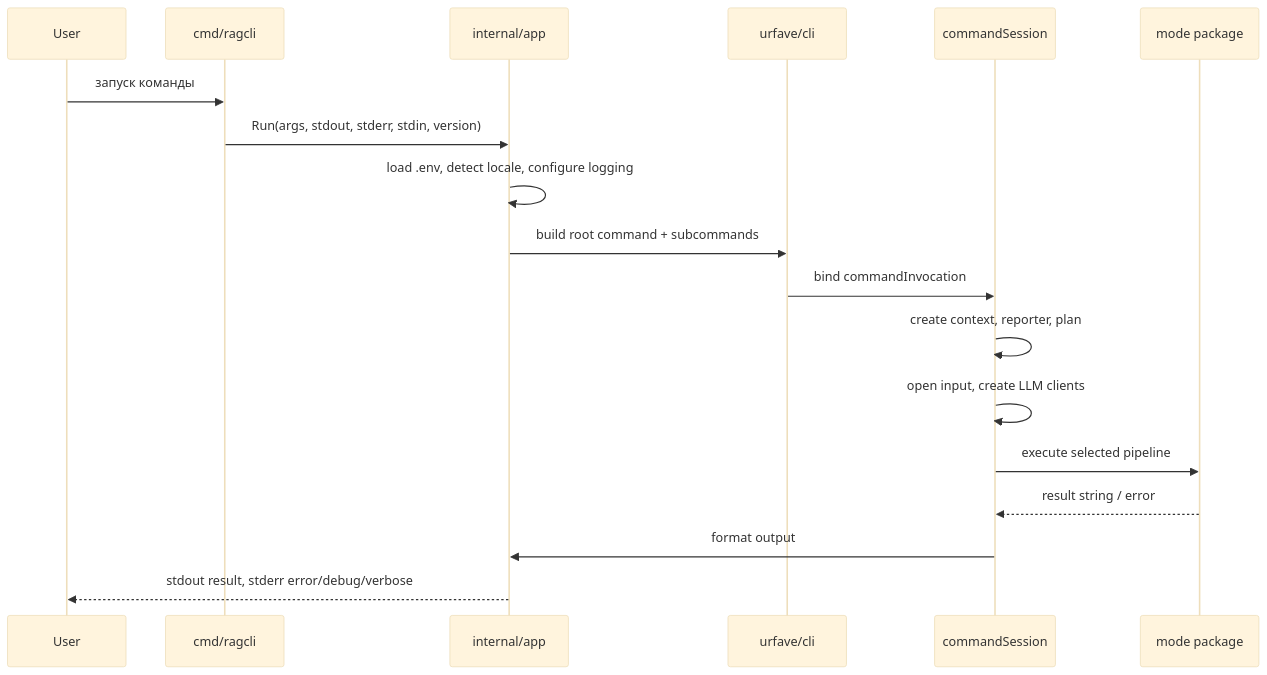
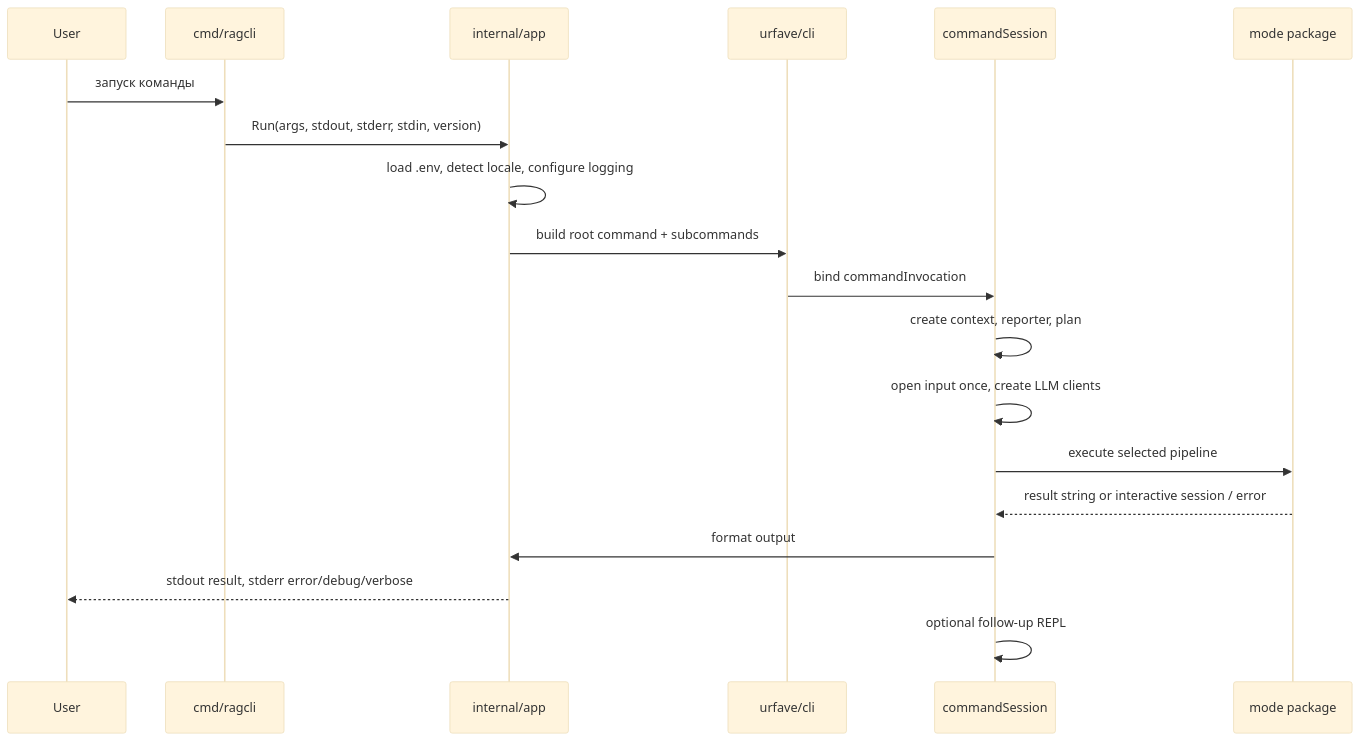
The second of 4 diagrams in doc/architecture.md (borro/ragcli), drawn with Mermaid (base theme) before and after one commit. The commit also changed other lines of this file and 42 other files, not shown here.

````diff
--- a/doc/architecture.md
+++ b/doc/architecture.md
@@ -51,21 +51,22 @@
 ```mermaid
 sequenceDiagram
     participant User
     participant Main as cmd/ragcli
     participant App as internal/app
     participant CLI as urfave/cli
     participant Runtime as commandSession
     participant Mode as mode package
 
     User->>Main: запуск команды
     Main->>App: Run(args, stdout, stderr, stdin, version)
     App->>App: load .env, detect locale, configure logging
     App->>CLI: build root command + subcommands
     CLI->>Runtime: bind commandInvocation
     Runtime->>Runtime: create context, reporter, plan
-    Runtime->>Runtime: open input, create LLM clients
+    Runtime->>Runtime: open input once, create LLM clients
     Runtime->>Mode: execute selected pipeline
-    Mode-->>Runtime: result string / error
+    Mode-->>Runtime: result string or interactive session / error
     Runtime->>App: format output
     App-->>User: stdout result, stderr error/debug/verbose
+    Runtime->>Runtime: optional follow-up REPL
 ```
````
